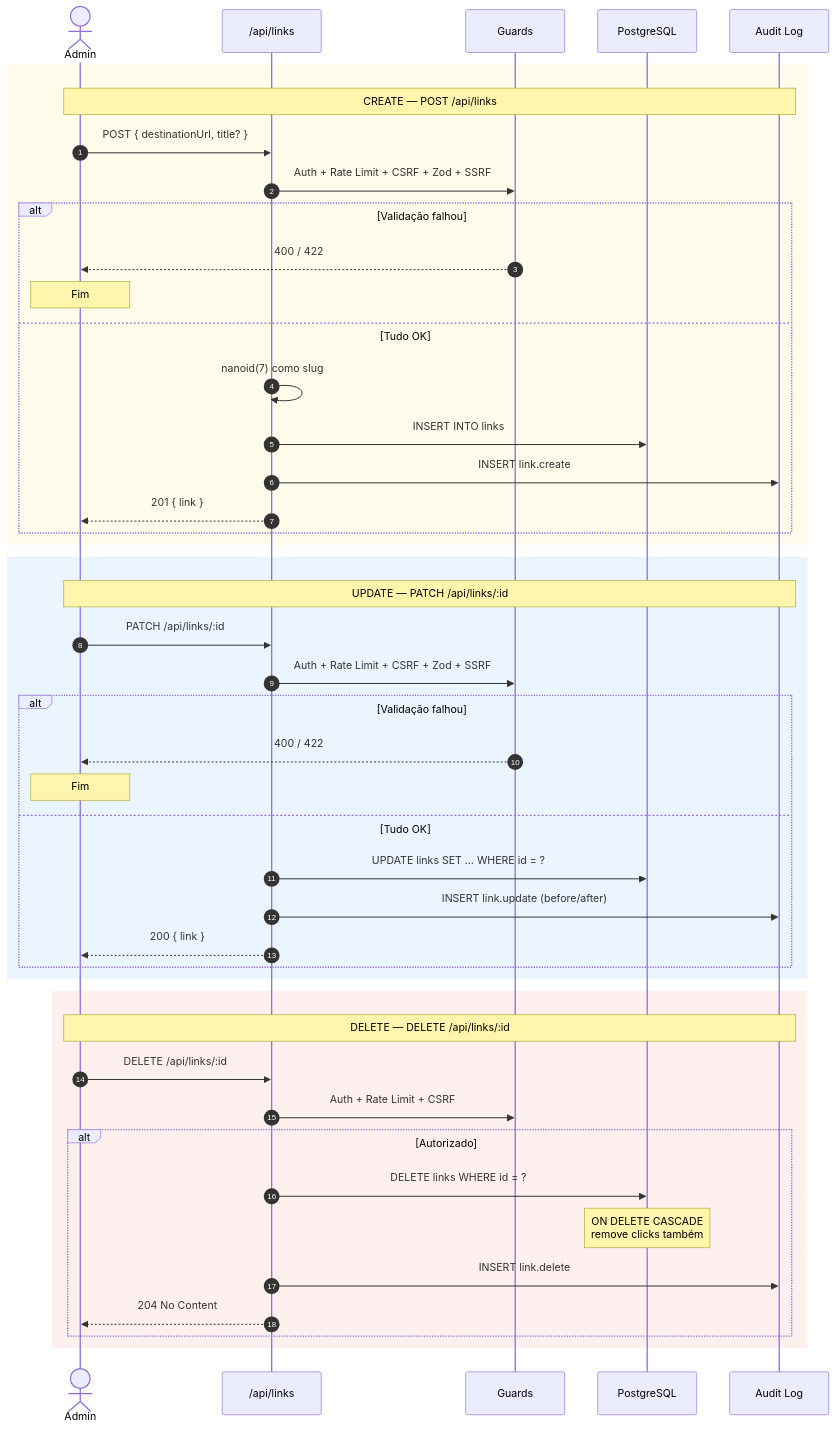
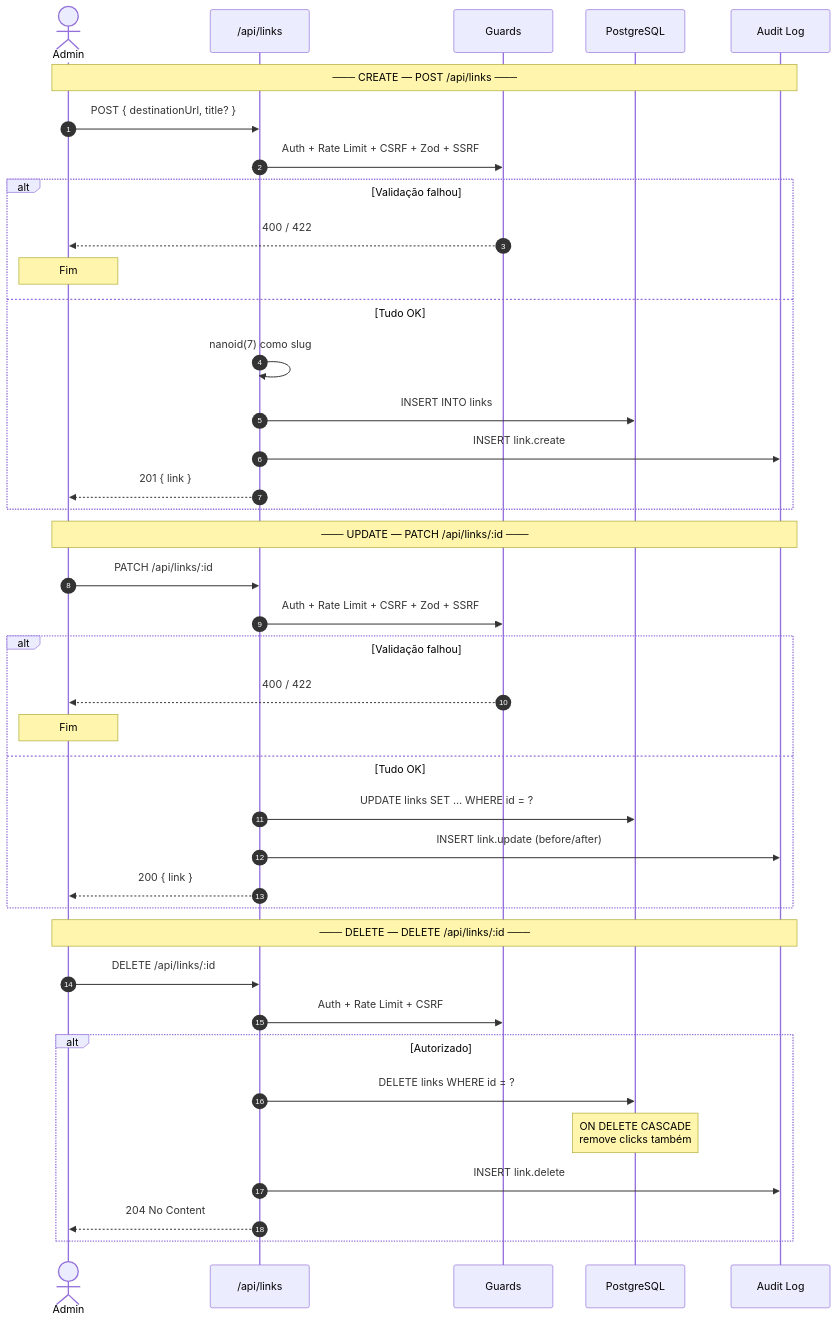
One commit to eduardoaugustolb/encurtador-url changed the third of 5 diagrams in docs/fluxo-de-dados.md. Above: the diagram before and after it, drawn with Mermaid. The commit also changed other lines of this file and 1 other file, not shown here.

````diff
--- a/docs/fluxo-de-dados.md
+++ b/docs/fluxo-de-dados.md
@@ -111,51 +99,45 @@
 ```mermaid
 %%{init: {'sequence': {'actorMargin': 50, 'boxMargin': 18}}}%%
 sequenceDiagram
     autonumber
     actor A as Admin
     participant API as /api/links
     participant G as Guards
     participant DB as PostgreSQL
     participant AUD as Audit Log
 
-    rect rgb(255, 252, 235)
-        Note over A,AUD: CREATE — POST /api/links
-        A->>API: POST { destinationUrl, title? }
-        API->>G: Auth + Rate Limit + CSRF + Zod + SSRF
-        alt Validação falhou
-            G-->>A: 400 / 422
-            Note over A: Fim
-        else Tudo OK
-            API->>API: nanoid(7) como slug
-            API->>DB: INSERT INTO links
-            API->>AUD: INSERT link.create
-            API-->>A: 201 { link }
-        end
+    Note over A,AUD: ─── CREATE — POST /api/links ───
+    A->>API: POST { destinationUrl, title? }
+    API->>G: Auth + Rate Limit + CSRF + Zod + SSRF
+    alt Validação falhou
+        G-->>A: 400 / 422
+        Note over A: Fim
+    else Tudo OK
+        API->>API: nanoid(7) como slug
+        API->>DB: INSERT INTO links
+        API->>AUD: INSERT link.create
+        API-->>A: 201 { link }
     end
 
-    rect rgb(235, 245, 255)
-        Note over A,AUD: UPDATE — PATCH /api/links/:id
-        A->>API: PATCH /api/links/:id
-        API->>G: Auth + Rate Limit + CSRF + Zod + SSRF
-        alt Validação falhou
-            G-->>A: 400 / 422
-            Note over A: Fim
-        else Tudo OK
-            API->>DB: UPDATE links SET … WHERE id = ?
-            API->>AUD: INSERT link.update (before/after)
-            API-->>A: 200 { link }
-        end
+    Note over A,AUD: ─── UPDATE — PATCH /api/links/:id ───
+    A->>API: PATCH /api/links/:id
+    API->>G: Auth + Rate Limit + CSRF + Zod + SSRF
+    alt Validação falhou
+        G-->>A: 400 / 422
+        Note over A: Fim
+    else Tudo OK
+        API->>DB: UPDATE links SET … WHERE id = ?
+        API->>AUD: INSERT link.update (before/after)
+        API-->>A: 200 { link }
     end
 
-    rect rgb(255, 240, 240)
-        Note over A,AUD: DELETE — DELETE /api/links/:id
-        A->>API: DELETE /api/links/:id
-        API->>G: Auth + Rate Limit + CSRF
-        alt Autorizado
-            API->>DB: DELETE links WHERE id = ?
-            Note over DB: ON DELETE CASCADE<br/>remove clicks também
-            API->>AUD: INSERT link.delete
-            API-->>A: 204 No Content
-        end
+    Note over A,AUD: ─── DELETE — DELETE /api/links/:id ───
+    A->>API: DELETE /api/links/:id
+    API->>G: Auth + Rate Limit + CSRF
+    alt Autorizado
+        API->>DB: DELETE links WHERE id = ?
+        Note over DB: ON DELETE CASCADE<br/>remove clicks também
+        API->>AUD: INSERT link.delete
+        API-->>A: 204 No Content
     end
 ```
````
